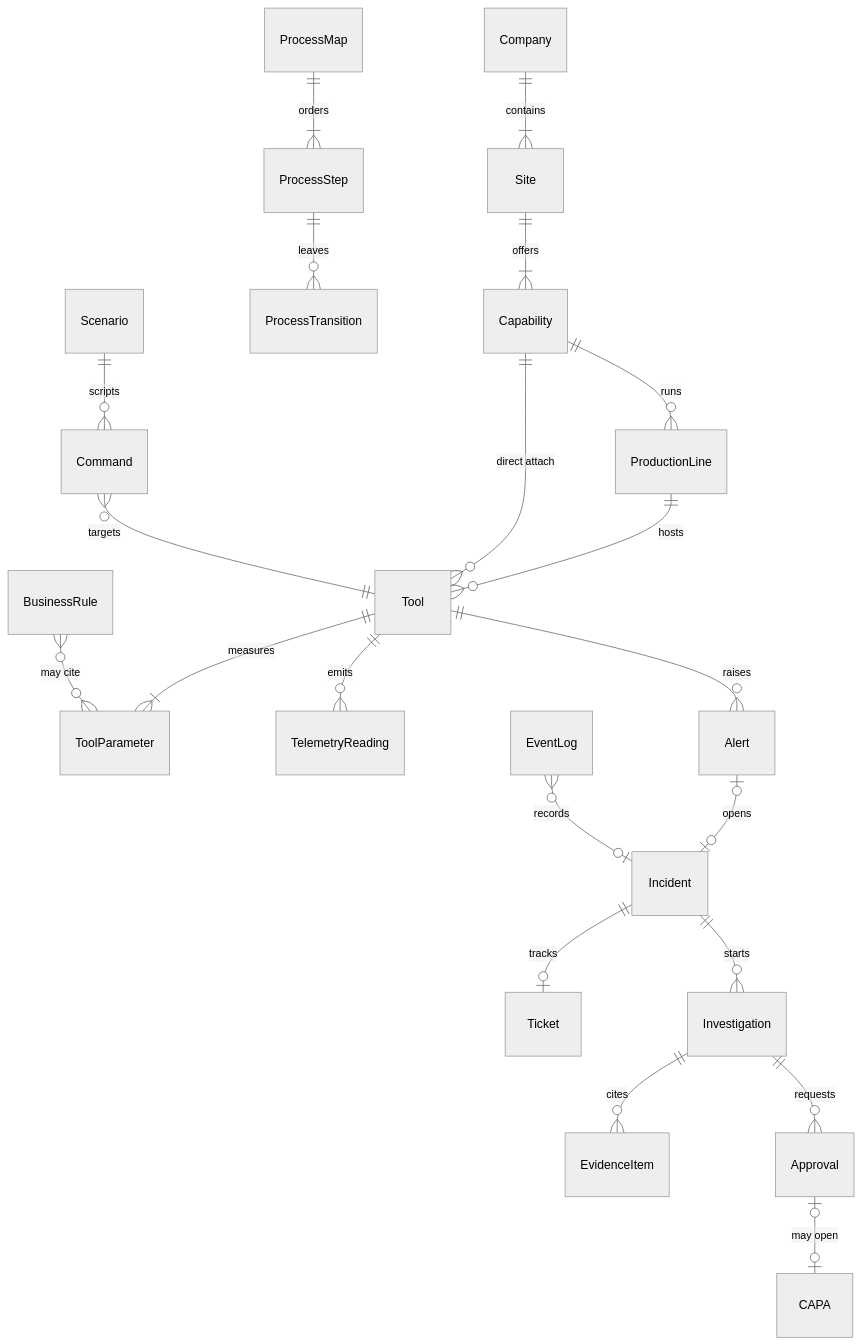
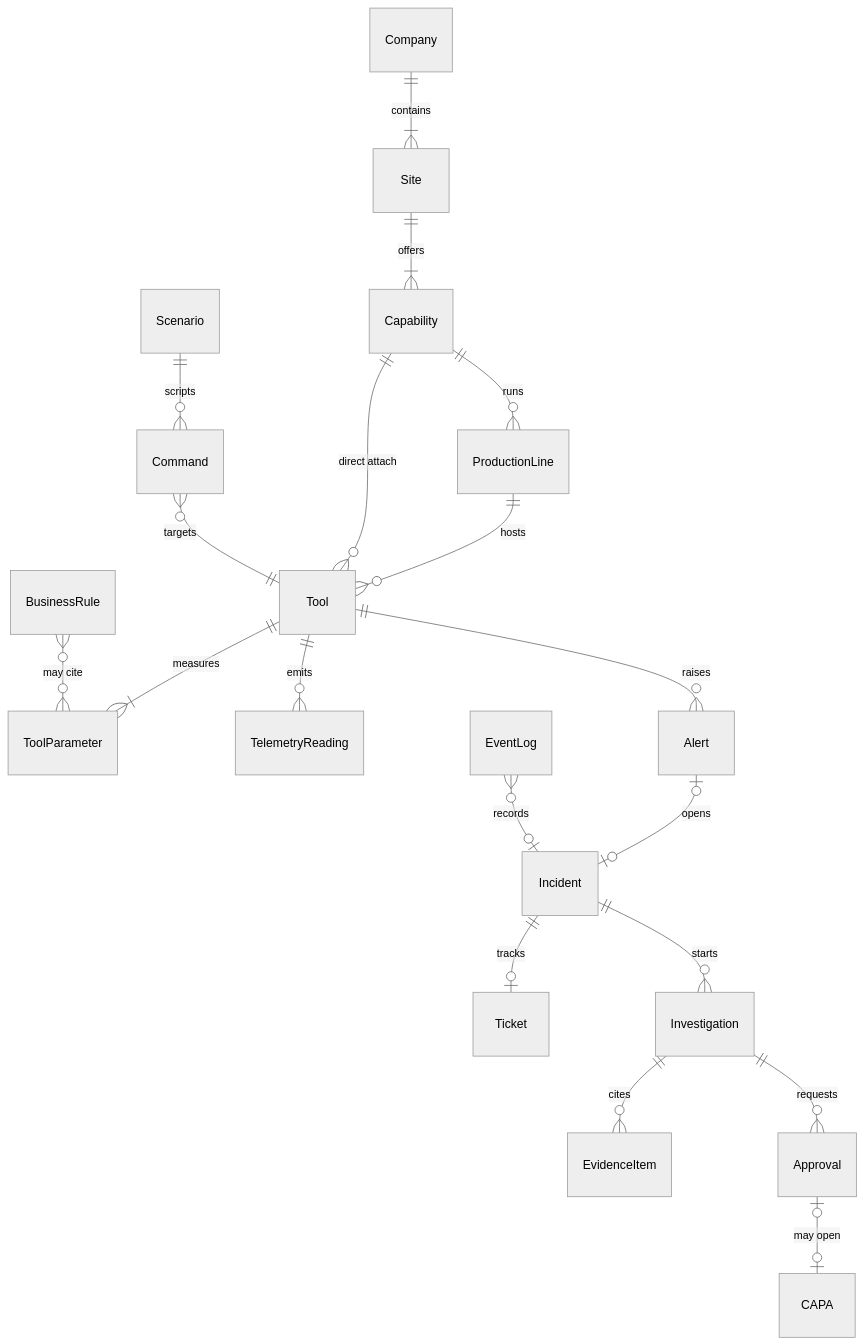
One commit to ccc-bcweis/mps-quality-agents changed the diagram in docs/architecture/data-model.md. Above: the diagram before and after it, drawn with Mermaid (neutral theme). The commit also changed 28 other files, not shown here.

````diff
--- a/docs/architecture/data-model.md
+++ b/docs/architecture/data-model.md
@@ -9,23 +9,21 @@
 ```mermaid
 erDiagram
     Company ||--|{ Site : contains
     Site ||--|{ Capability : offers
     Capability ||--o{ ProductionLine : runs
     ProductionLine ||--o{ Tool : hosts
     Capability ||--o{ Tool : "direct attach"
     Tool ||--|{ ToolParameter : measures
     BusinessRule }o--o{ ToolParameter : "may cite"
-    ProcessMap ||--|{ ProcessStep : orders
-    ProcessStep ||--o{ ProcessTransition : leaves
     Tool ||--o{ TelemetryReading : emits
     Tool ||--o{ Alert : raises
     Alert |o--o| Incident : opens
     Incident ||--o| Ticket : tracks
     Incident ||--o{ Investigation : starts
     Investigation ||--o{ EvidenceItem : cites
     Investigation ||--o{ Approval : requests
     Approval |o--o| CAPA : "may open"
     Scenario ||--o{ Command : scripts
     Command }o--|| Tool : targets
     EventLog }o--o| Incident : records
 ```
````
